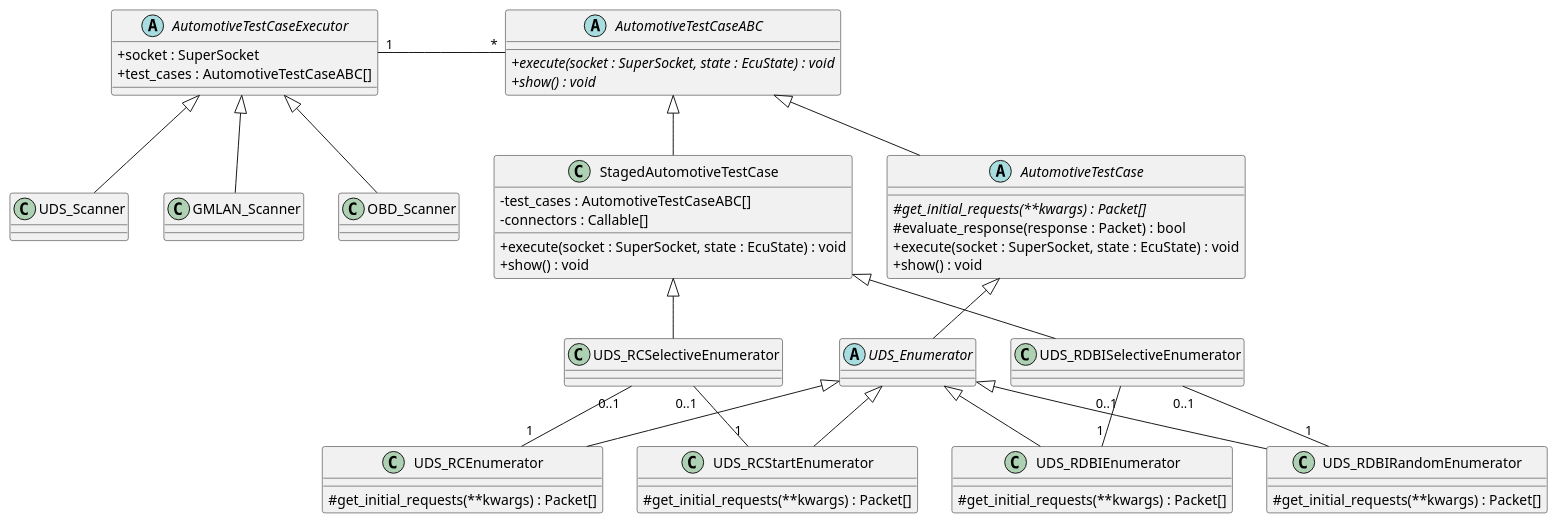
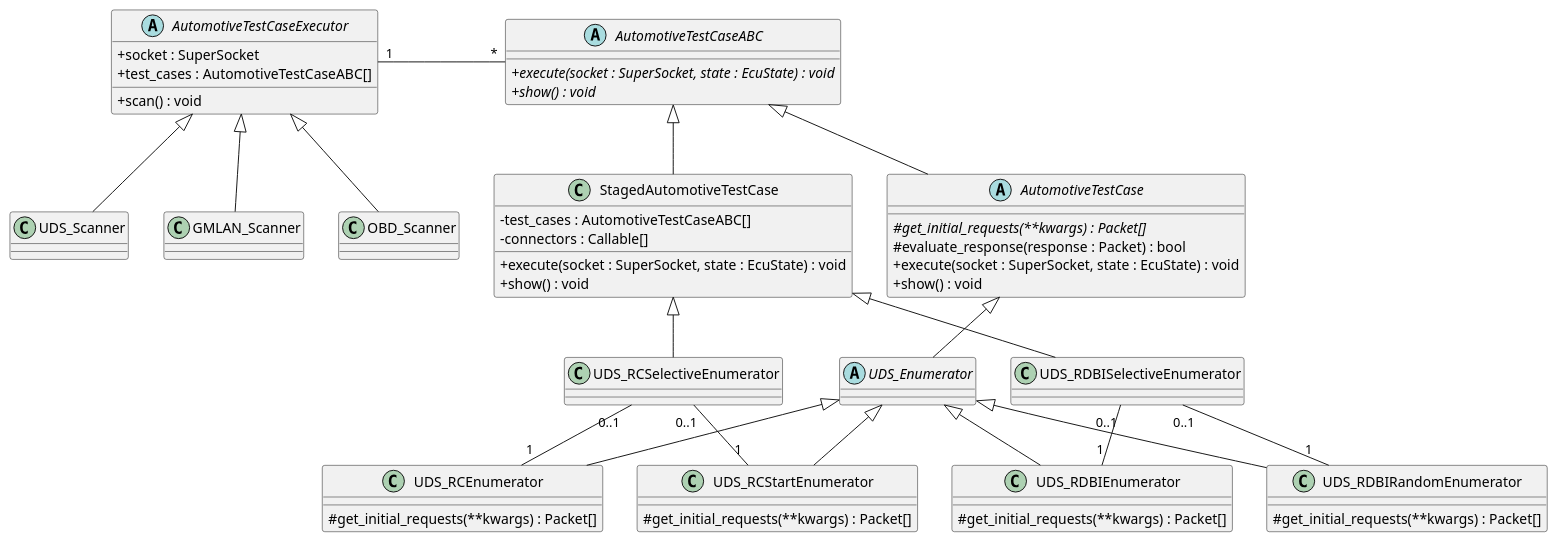
The diagram in images/uml/overview.puml (akorb/bachelor-thesis), drawn with PlantUML before and after one commit. The commit also changed 1 other file, not shown here.

Commit message:
Fix scan() to overview class diagram

```diff
--- a/images/uml/overview.puml
+++ b/images/uml/overview.puml
@@ -1,73 +1,74 @@
 @startuml overview
 
 skinparam classAttributeIconSize 0
 
 AutomotiveTestCaseExecutor "1" - "*" AutomotiveTestCaseABC : \t\t\t
 
 UDS_RDBISelectiveEnumerator "0..1" -down- "1" UDS_RDBIEnumerator
 UDS_RDBISelectiveEnumerator "0..1" -down- "1" UDS_RDBIRandomEnumerator
 
 UDS_RCSelectiveEnumerator "0..1" -down- "1" UDS_RCEnumerator
 UDS_RCSelectiveEnumerator "0..1" -down- "1" UDS_RCStartEnumerator
 
 AutomotiveTestCaseExecutor <|-- UDS_Scanner
 AutomotiveTestCaseExecutor <|-- GMLAN_Scanner
 AutomotiveTestCaseExecutor <|-- OBD_Scanner
 
 AutomotiveTestCaseABC <|-- AutomotiveTestCase
 AutomotiveTestCaseABC <|-- StagedAutomotiveTestCase
 
 AutomotiveTestCase <|-- UDS_Enumerator
 
 UDS_Enumerator <|-- UDS_RCEnumerator
 UDS_Enumerator <|-- UDS_RCStartEnumerator
 UDS_Enumerator <|-- UDS_RDBIEnumerator
 UDS_Enumerator <|-- UDS_RDBIRandomEnumerator
 
 StagedAutomotiveTestCase <|-- UDS_RDBISelectiveEnumerator
 StagedAutomotiveTestCase <|-- UDS_RCSelectiveEnumerator
 
 abstract AutomotiveTestCaseExecutor {
     + socket : SuperSocket
     + test_cases : AutomotiveTestCaseABC[]
+    + scan() : void
 }
 
 class StagedAutomotiveTestCase {
     - test_cases : AutomotiveTestCaseABC[]
     - connectors : Callable[]
     + execute(socket : SuperSocket, state : EcuState) : void
     + show() : void
 }
 
 abstract AutomotiveTestCaseABC {
     {abstract} + execute(socket : SuperSocket, state : EcuState) : void
     {abstract} + show() : void
 }
 
 abstract AutomotiveTestCase {
     {abstract} # get_initial_requests(**kwargs) : Packet[]
     # evaluate_response(response : Packet) : bool
     + execute(socket : SuperSocket, state : EcuState) : void
     + show() : void
 }
 
 abstract UDS_Enumerator {
 }
 
 class UDS_RDBIRandomEnumerator {
     # get_initial_requests(**kwargs) : Packet[]
 }
 
 class UDS_RDBIEnumerator {
     # get_initial_requests(**kwargs) : Packet[]
 }
 
 class UDS_RCEnumerator {
     # get_initial_requests(**kwargs) : Packet[]
 }
 
 class UDS_RCStartEnumerator {
     # get_initial_requests(**kwargs) : Packet[]
 }
 
 @enduml
```
